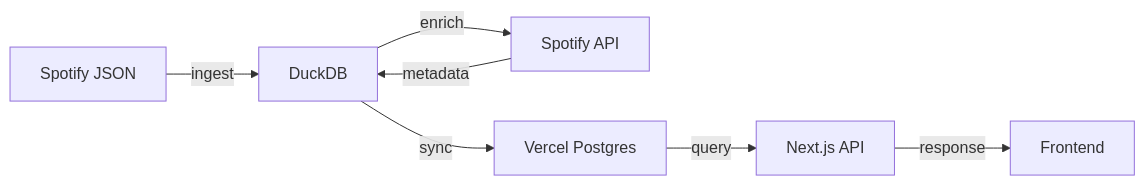
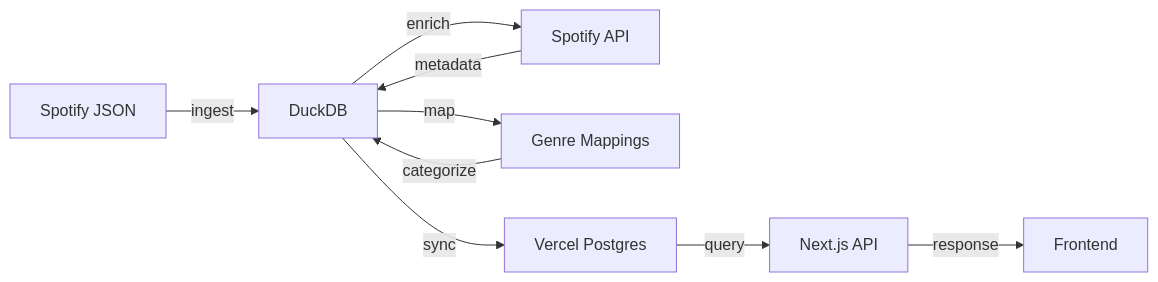
Before and after one commit to JacobBeallor/spotify-wrapped-revisited: the diagram in docs/architecture/data-pipeline.md, drawn with Mermaid. The commit also changed other lines of this file and 24 other files, not shown here.

````diff
--- a/docs/architecture/data-pipeline.md
+++ b/docs/architecture/data-pipeline.md
@@ -7,9 +7,11 @@
 ```mermaid
 graph LR
     A[Spotify JSON] -->|ingest| B[DuckDB]
     B -->|enrich| C[Spotify API]
     C -->|metadata| B
-    B -->|sync| D[Vercel Postgres]
-    D -->|query| E[Next.js API]
-    E -->|response| F[Frontend]
+    B -->|map| D[Genre Mappings]
+    D -->|categorize| B
+    B -->|sync| E[Vercel Postgres]
+    E -->|query| F[Next.js API]
+    F -->|response| G[Frontend]
 ```
````
